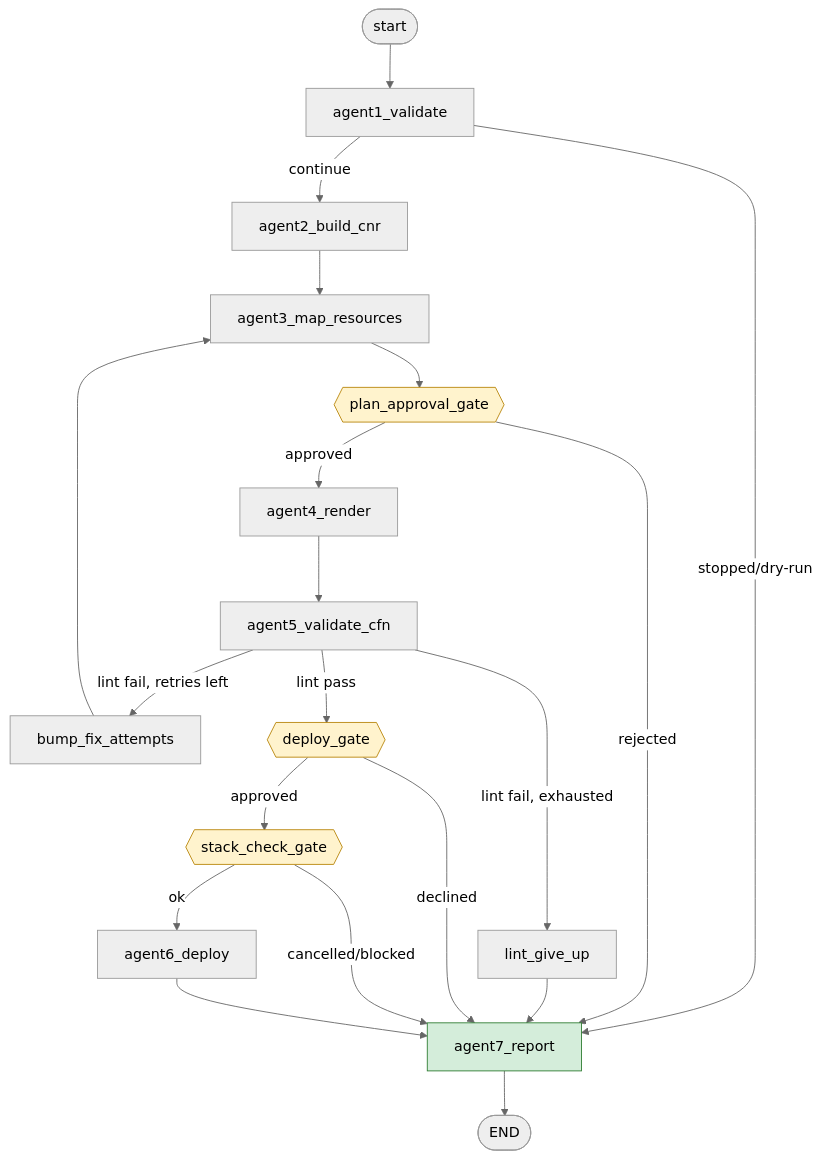
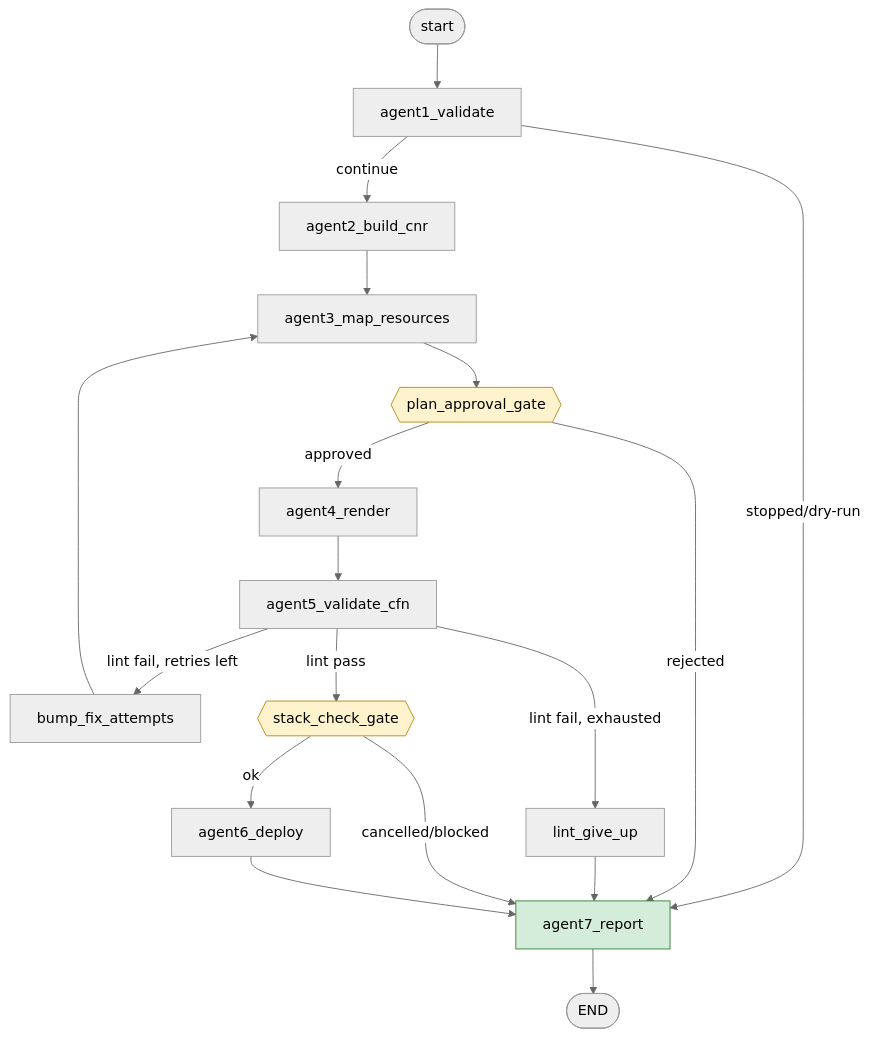
The second of 2 diagrams in README.md (koppolu-teja-ness/az_key_vault), drawn with Mermaid (neutral theme) before and after one commit. The commit also changed other lines of this file and 13 other files, not shown here.

````diff
--- a/README.md
+++ b/README.md
@@ -89,25 +88,22 @@
 ```mermaid
 flowchart TD
     S([start]) --> A1[agent1_validate]
     A1 -- stopped/dry-run --> R7[agent7_report]
     A1 -- continue --> A2[agent2_build_cnr]
     A2 --> A3[agent3_map_resources]
     A3 --> PG{{plan_approval_gate}}
     PG -- rejected --> R7
     PG -- approved --> A4[agent4_render]
     A4 --> A5[agent5_validate_cfn]
     A5 -- lint fail, retries left --> BUMP[bump_fix_attempts] --> A3
     A5 -- lint fail, exhausted --> GIVEUP[lint_give_up] --> R7
-    A5 -- lint pass --> DG{{deploy_gate}}
-    DG -- declined --> R7
-    DG -- approved --> SG{{stack_check_gate}}
+    A5 -- lint pass --> SG{{stack_check_gate}}
     SG -- cancelled/blocked --> R7
     SG -- ok --> A6[agent6_deploy]
     A6 --> R7
     R7 --> E([END])
 
     style PG fill:#fff3cd,stroke:#b8860b
-    style DG fill:#fff3cd,stroke:#b8860b
     style SG fill:#fff3cd,stroke:#b8860b
     style R7 fill:#d4edda,stroke:#2e7d32
 ```
````
